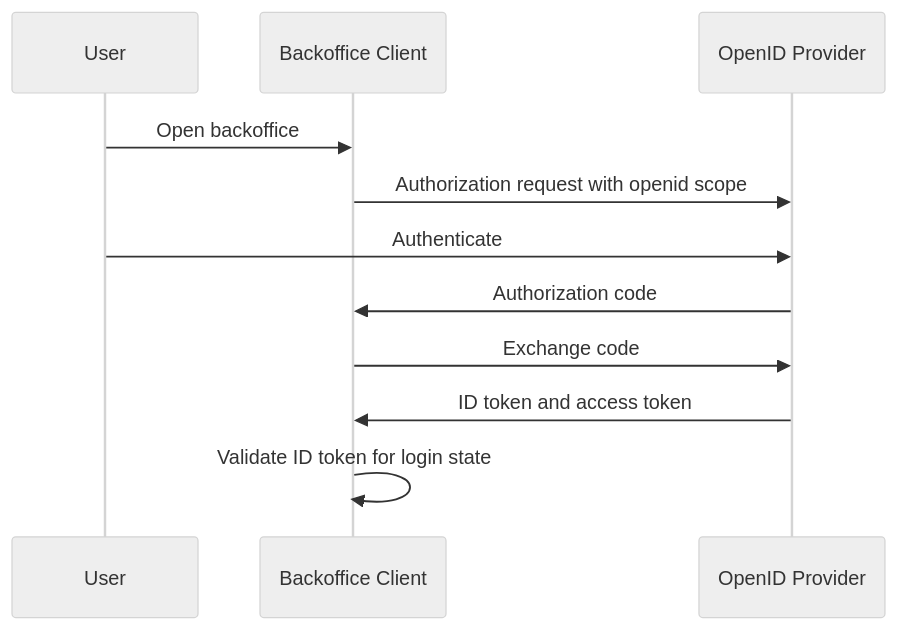
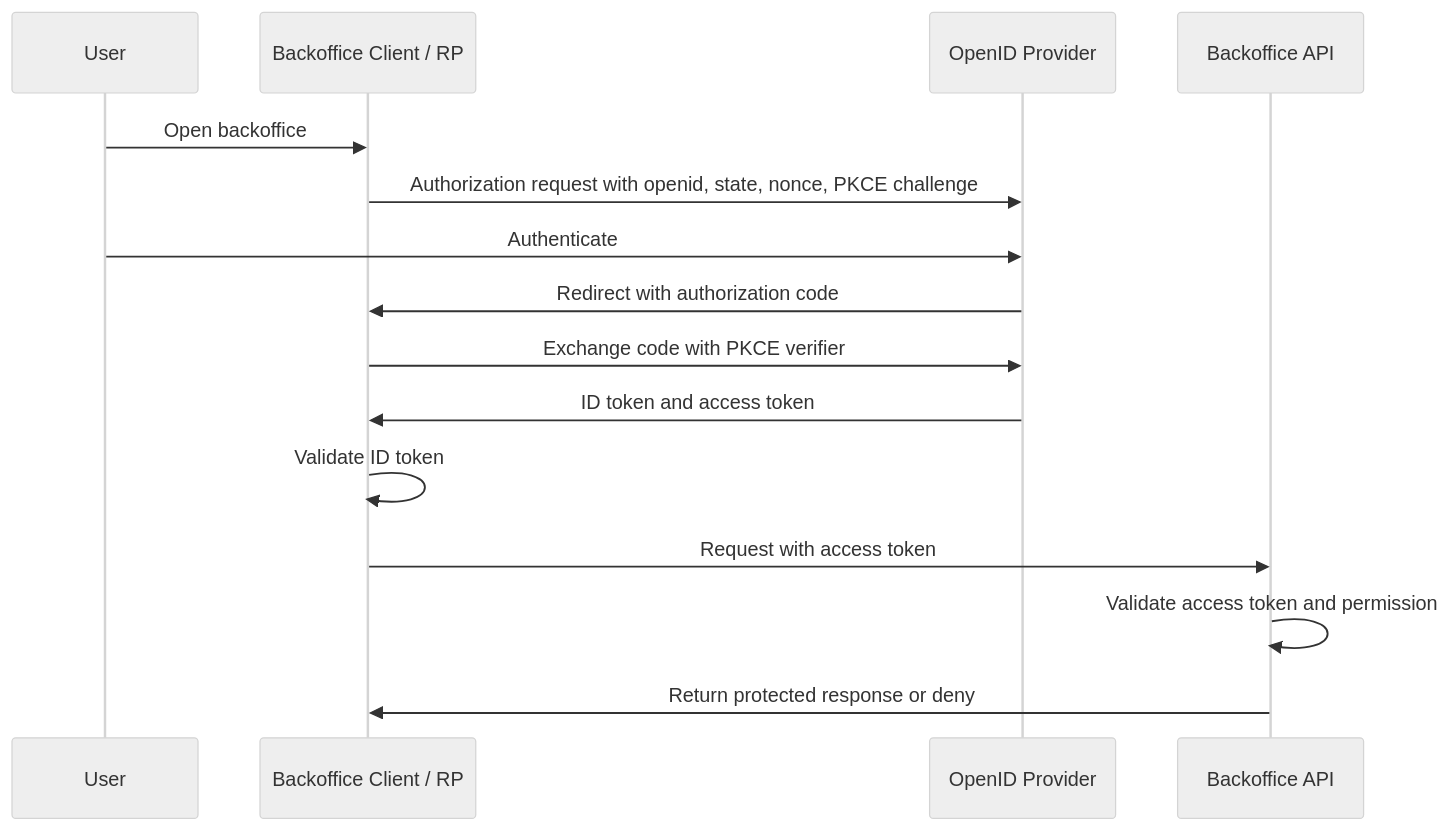
The diagram in docs/wiki/03-openid-connect.md (panaC/edrlab-backoffice-auth-study), drawn with Mermaid (neutral theme) before and after one commit. The commit also changed other lines of this file, not shown here.

````diff
--- a/docs/wiki/03-openid-connect.md
+++ b/docs/wiki/03-openid-connect.md
@@ -25,14 +54,18 @@
 ```mermaid
 sequenceDiagram
     participant User
-    participant Client as Backoffice Client
+    participant Client as Backoffice Client / RP
     participant OP as OpenID Provider
+    participant API as Backoffice API
 
     User->>Client: Open backoffice
-    Client->>OP: Authorization request with openid scope
+    Client->>OP: Authorization request with openid, state, nonce, PKCE challenge
     User->>OP: Authenticate
-    OP->>Client: Authorization code
-    Client->>OP: Exchange code
+    OP->>Client: Redirect with authorization code
+    Client->>OP: Exchange code with PKCE verifier
     OP->>Client: ID token and access token
-    Client->>Client: Validate ID token for login state
+    Client->>Client: Validate ID token
+    Client->>API: Request with access token
+    API->>API: Validate access token and permission
+    API->>Client: Return protected response or deny
 ```
````
